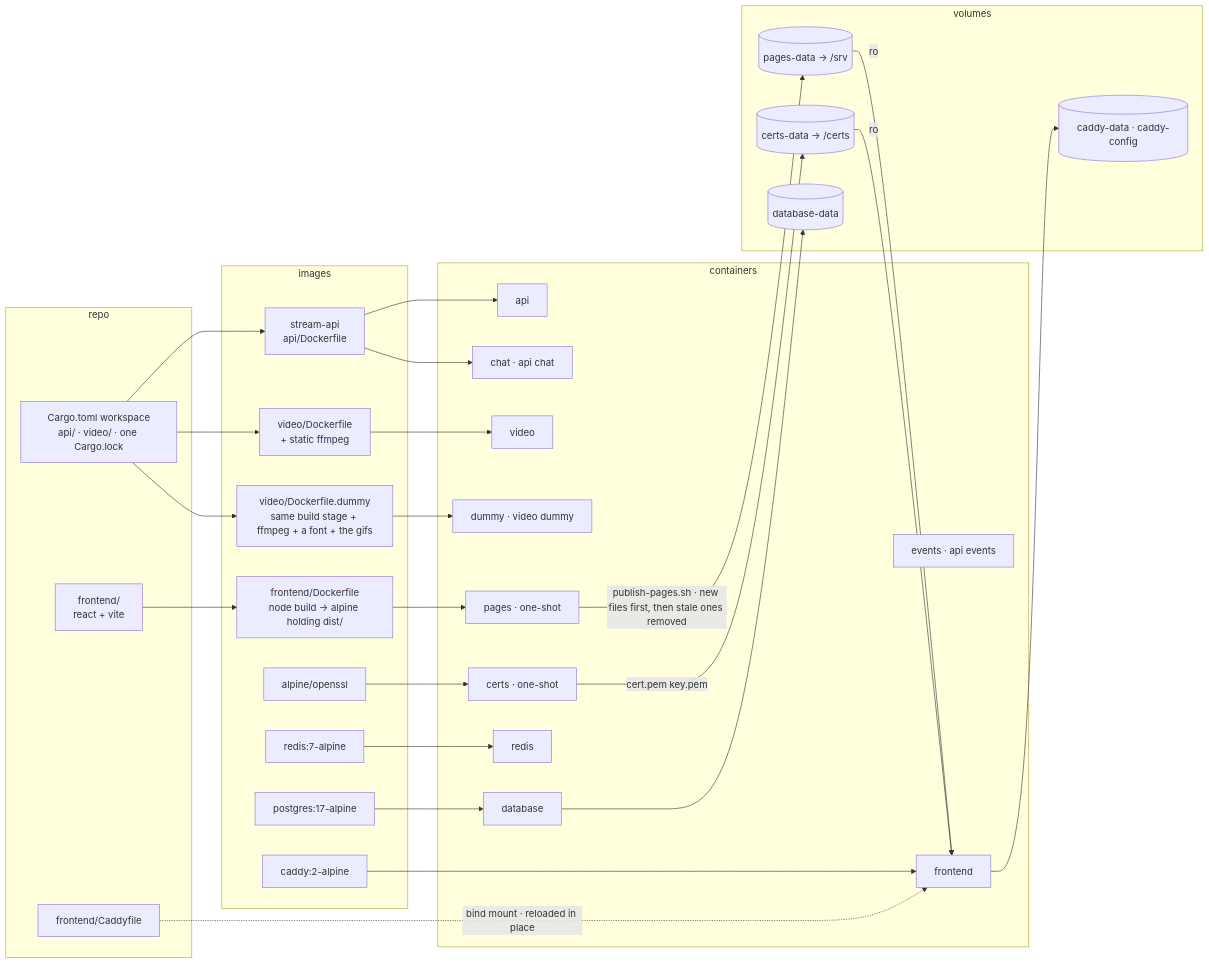
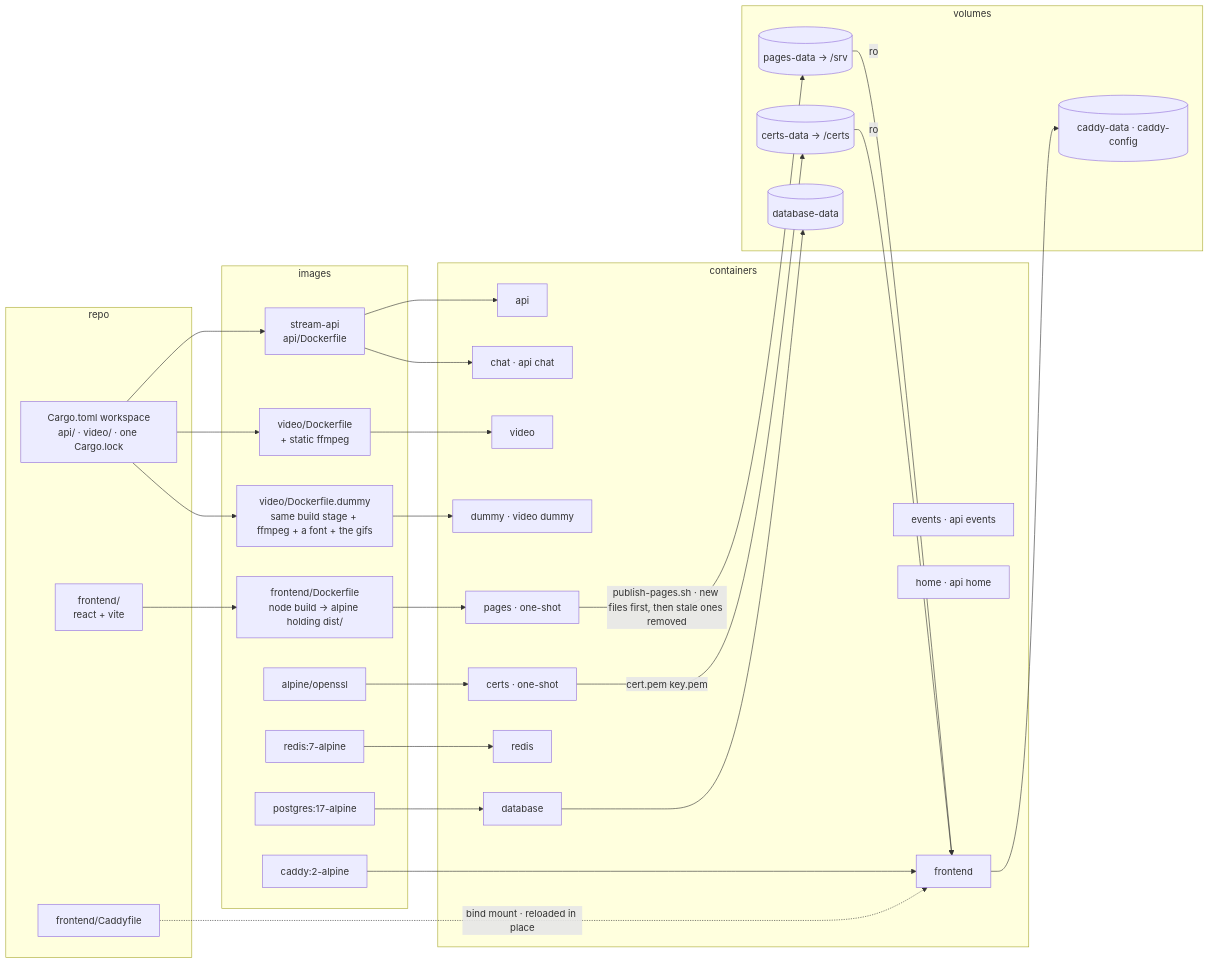
The seventh of 10 diagrams in docs/architecture-picture.md (ZeroNerodaHero/slop-stream-architecture), drawn with Mermaid before and after one commit. The commit also changed other lines of this file and 62 other files, not shown here.

````diff
--- a/docs/architecture-picture.md
+++ b/docs/architecture-picture.md
@@ -225,55 +231,56 @@
 ```mermaid
 flowchart LR
   subgraph src["repo"]
     cargo["Cargo.toml workspace<br/>api/ · video/ · one Cargo.lock"]
     fe["frontend/<br/>react + vite"]
     caddyfile["frontend/Caddyfile"]
   end
 
   subgraph images["images"]
     apiimg["stream-api<br/>api/Dockerfile"]
     videoimg["video/Dockerfile<br/>+ static ffmpeg"]
     dummyimg["video/Dockerfile.dummy<br/>same build stage + ffmpeg + a font + the gifs"]
     pagesimg["frontend/Dockerfile<br/>node build → alpine holding dist/"]
     caddyimg["caddy:2-alpine"]
     pgimg["postgres:17-alpine"]
     redisimg["redis:7-alpine"]
     osslimg["alpine/openssl"]
   end
 
   subgraph containers["containers"]
     api["api"]
     chat["chat · api chat"]
     events["events · api events"]
+    home["home · api home"]
     video["video"]
     dummy["dummy · video dummy"]
     pages["pages · one-shot"]
     frontend["frontend"]
     database["database"]
     redis["redis"]
     certs["certs · one-shot"]
   end
 
   subgraph vols["volumes"]
     pagesdata[("pages-data → /srv")]
     certsdata[("certs-data → /certs")]
     dbdata[("database-data")]
     caddydata[("caddy-data · caddy-config")]
   end
 
   cargo --> apiimg --> api
   apiimg --> chat
   cargo --> videoimg --> video
   cargo --> dummyimg --> dummy
   fe --> pagesimg --> pages
   caddyimg --> frontend
   pgimg --> database
   redisimg --> redis
   osslimg --> certs
 
   pages -->|"publish-pages.sh · new files first, then stale ones removed"| pagesdata -->|"ro"| frontend
   certs -->|"cert.pem key.pem"| certsdata -->|"ro"| frontend
   caddyfile -.->|"bind mount · reloaded in place"| frontend
   database --> dbdata
   frontend --> caddydata
 ```
````
